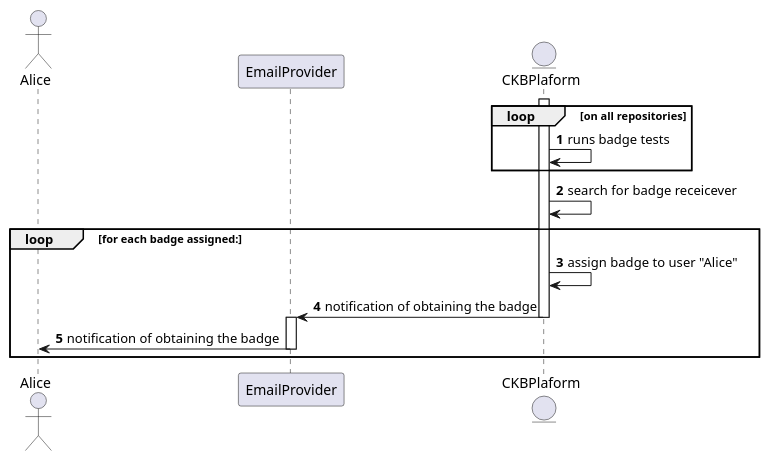
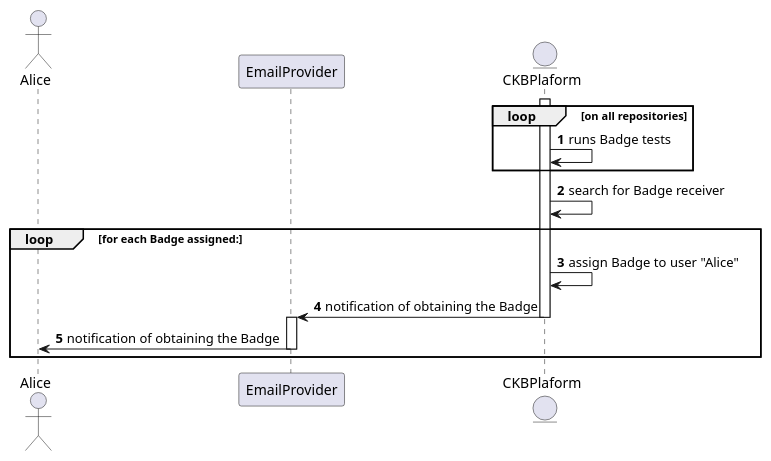
Before and after one commit to Angelo7672/SE2_Requirement-and-Design-Document: the diagram in _RASD/Images/UML/sequenceDiagram/sequenceDiagramUC8.wsd, drawn with PlantUML. The commit also changed 11 other files, not shown here.

```diff
--- a/_RASD/Images/UML/sequenceDiagram/sequenceDiagramUC8.wsd
+++ b/_RASD/Images/UML/sequenceDiagram/sequenceDiagramUC8.wsd
@@ -1,26 +1,26 @@
 @startuml
 
 autonumber
 
 actor Alice
 participant EmailProvider as Email
 entity CKBPlaform as Platform
 
 activate Platform
 
 loop on all repositories
-    Platform -> Platform: runs badge tests
+    Platform -> Platform: runs Badge tests
 end
 
-    Platform -> Platform: search for badge receicever
+    Platform -> Platform: search for Badge receiver
 
-loop for each badge assigned:
-    Platform -> Platform: assign badge to user "Alice"
-    Platform -> Email: notification of obtaining the badge
+loop for each Badge assigned:
+    Platform -> Platform: assign Badge to user "Alice"
+    Platform -> Email: notification of obtaining the Badge
     deactivate Platform
     activate Email
-    Email -> Alice: notification of obtaining the badge
+    Email -> Alice: notification of obtaining the Badge
     deactivate Email
 end
 
 @enduml
```
